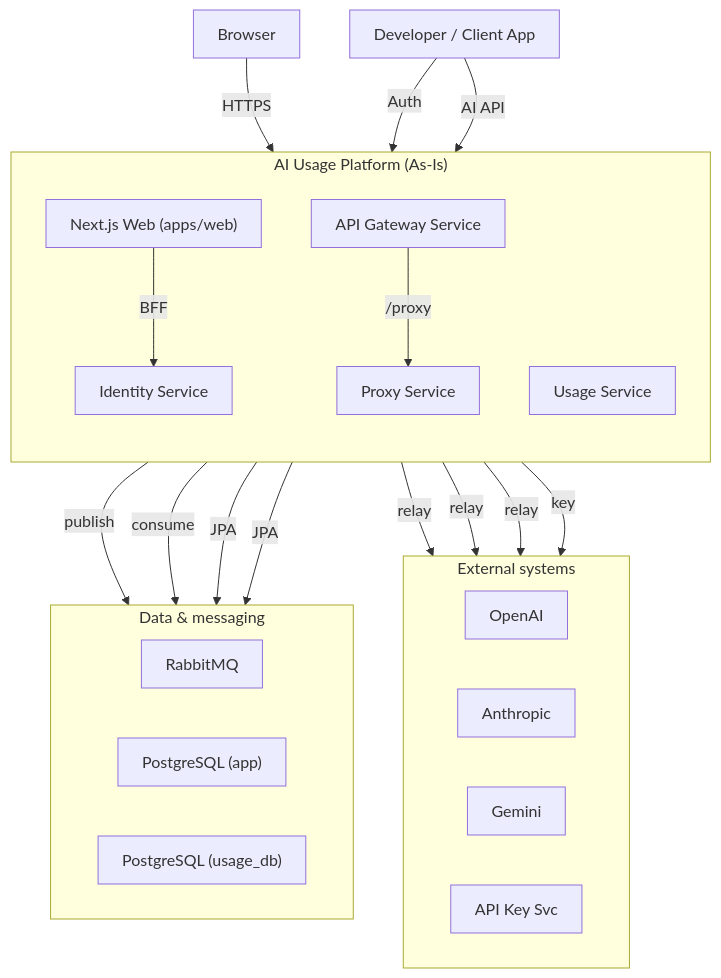
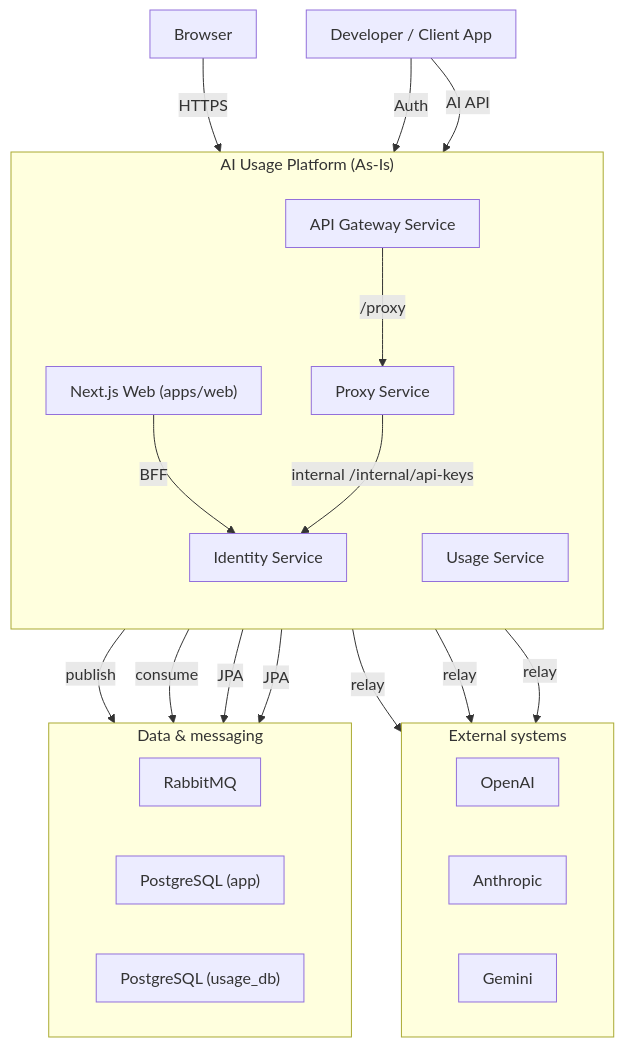
One commit to Zero-Bug-Freinds/ai-api-usage-monitor changed the first of 11 diagrams in docs/c4-architecture-diagrams.md. Above: the diagram before and after it, drawn with Mermaid. The commit also changed other lines of this file and 3 other files, not shown here.

````diff
--- a/docs/c4-architecture-diagrams.md
+++ b/docs/c4-architecture-diagrams.md
@@ -19,46 +23,45 @@
 ```mermaid
 %%{init: {'flowchart': {'htmlLabels': true, 'nodeSpacing': 50, 'rankSpacing': 70, 'padding': 12}}}%%
 flowchart TB
     browser["Browser"]
     client["Developer / Client App"]
 
     subgraph platform["AI Usage Platform (As-Is)"]
       direction TB
       web["Next.js Web (apps/web)"]
       gateway["API Gateway Service"]
       proxy["Proxy Service"]
       identity["Identity Service"]
       usage["Usage Service"]
     end
 
     subgraph ext["External systems"]
       direction LR
       openai["OpenAI"]
       anthropic["Anthropic"]
       google["Gemini"]
-      keysvc["API Key Svc"]
     end
 
     subgraph data["Data & messaging"]
       direction LR
       rabbit["RabbitMQ"]
       appDb["PostgreSQL (app)"]
       usageDb["PostgreSQL (usage_db)"]
     end
 
     browser -->|HTTPS| web
     web -->|BFF| identity
     client -->|Auth| identity
     client -->|AI API| gateway
     gateway -->|/proxy| proxy
 
     proxy -->|relay| openai
     proxy -->|relay| anthropic
     proxy -->|relay| google
-    proxy -->|key| keysvc
+    proxy -->|internal /internal/api-keys| identity
     proxy -->|publish| rabbit
 
     usage -->|consume| rabbit
     identity -->|JPA| appDb
     usage -->|JPA| usageDb
 ```
````
